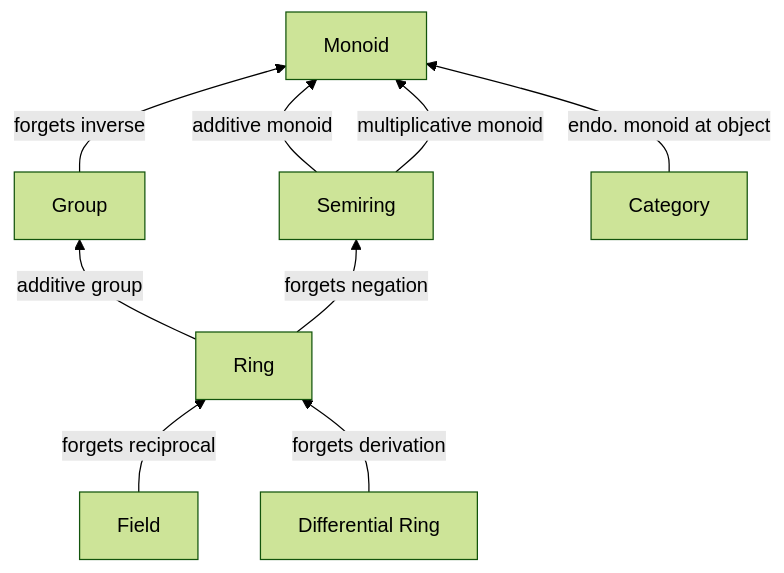
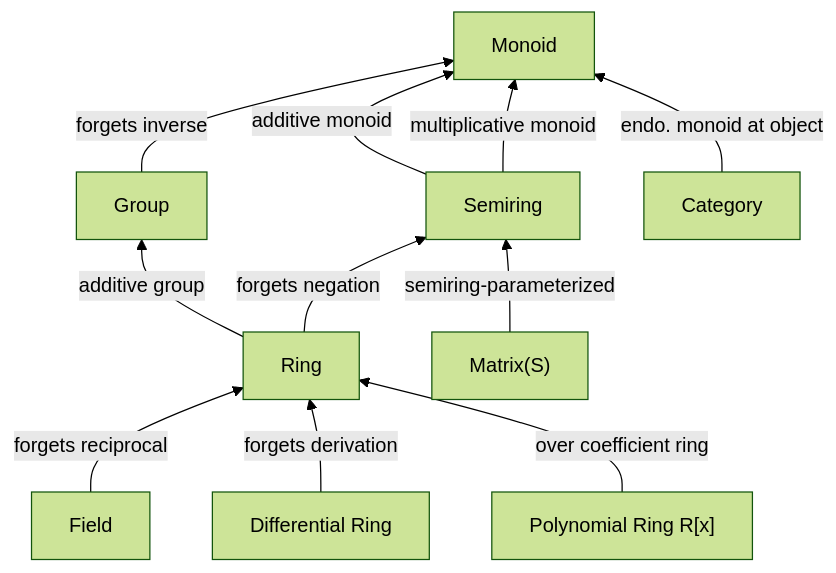
Before and after one commit to aalpar/wile: the second of 4 diagrams in docs/algebra/overview.md, drawn with Mermaid (forest theme). The commit also changed other lines of this file and 10 other files, not shown here.

````diff
--- a/docs/algebra/overview.md
+++ b/docs/algebra/overview.md
@@ -73,11 +75,13 @@
 ```mermaid
 graph BT
     Group -->|"forgets inverse"| Monoid
     Semi[Semiring] -->|"additive monoid"| Monoid
     Semi -->|"multiplicative monoid"| Monoid
     Ring -->|"forgets negation"| Semi
     Ring -->|"additive group"| Group
     Field -->|"forgets reciprocal"| Ring
     DiffRing["Differential Ring"] -->|"forgets derivation"| Ring
     Cat[Category] -->|"endo. monoid at object"| Monoid
+    Poly["Polynomial Ring R[x]"] -->|"over coefficient ring"| Ring
+    Mat["Matrix(S)"] -->|"semiring-parameterized"| Semi
 ```
````
